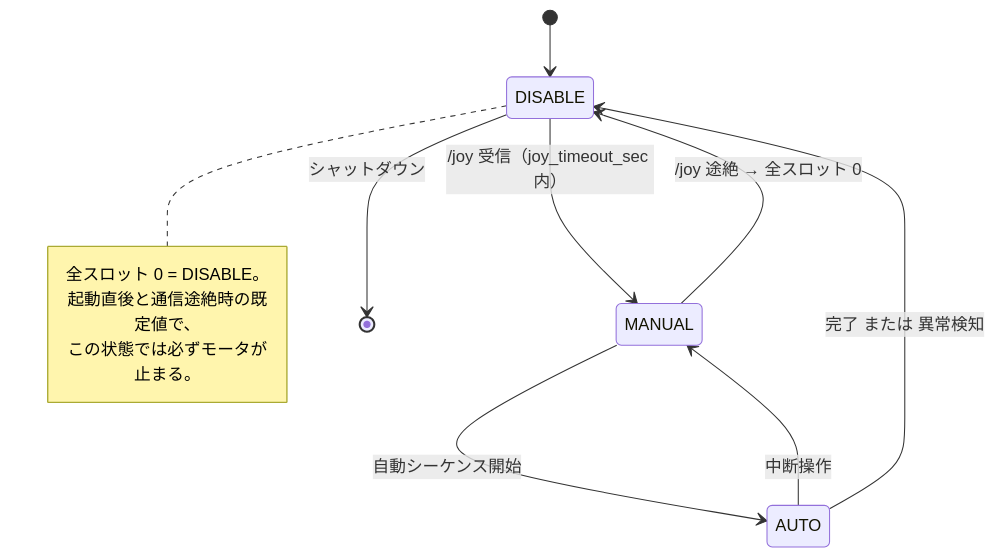
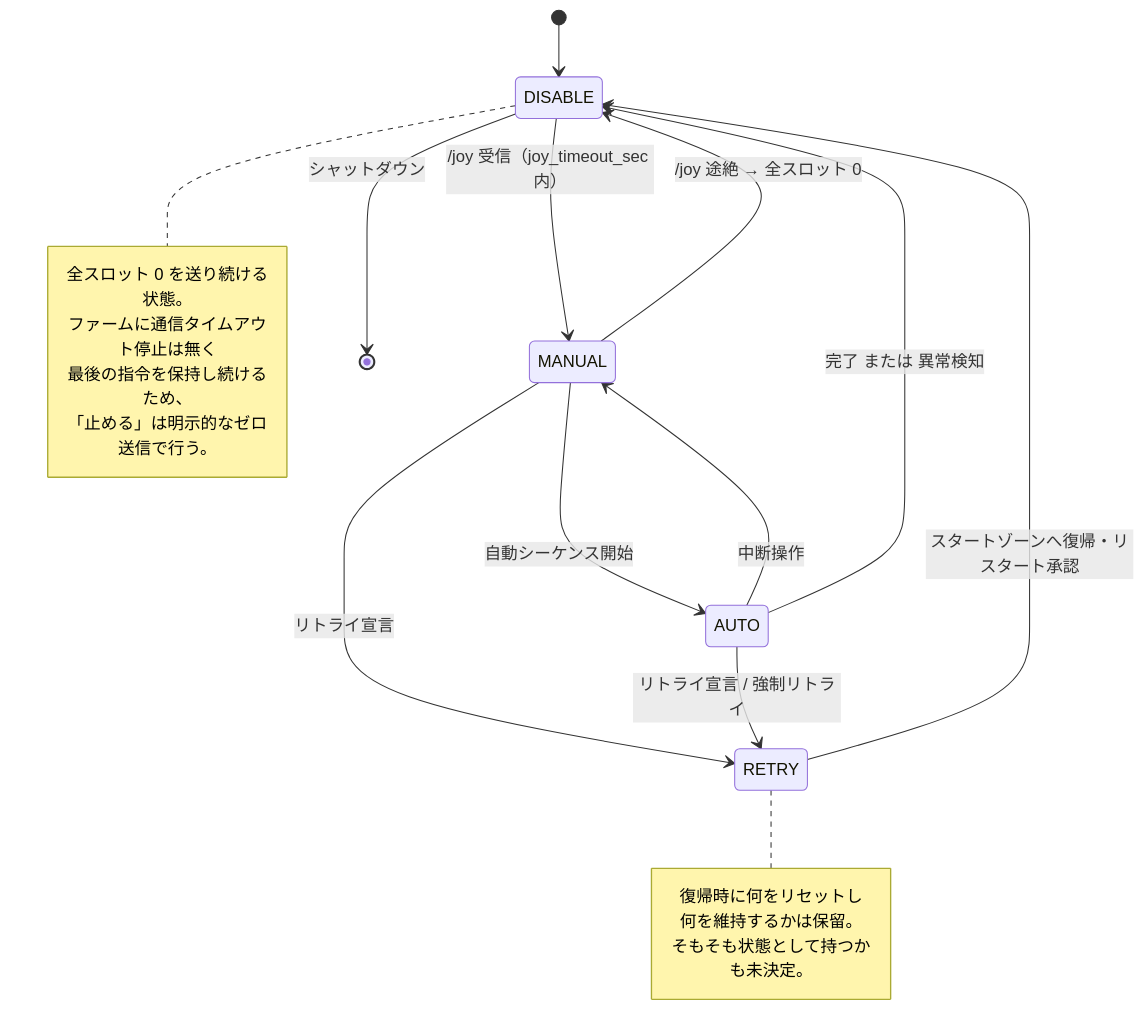
The sixth of 7 diagrams in Docs/program_structure.md (RRST-NHK-Project/Harurobo27-Sakuraou), drawn with Mermaid before and after one commit. The commit also changed other lines of this file, not shown here.

Commit message:
構造図を3ホスト構成に更新

````diff
--- a/Docs/program_structure.md
+++ b/Docs/program_structure.md
@@ -255,16 +651,26 @@
 ```mermaid
 stateDiagram-v2
   [*] --> DISABLE
   DISABLE --> MANUAL: /joy 受信（joy_timeout_sec 内）
   MANUAL --> DISABLE: /joy 途絶 → 全スロット 0
   MANUAL --> AUTO: 自動シーケンス開始
   AUTO --> MANUAL: 中断操作
   AUTO --> DISABLE: 完了 または 異常検知
+  MANUAL --> RETRY: リトライ宣言
+  AUTO --> RETRY: リトライ宣言 / 強制リトライ
+  RETRY --> DISABLE: スタートゾーンへ復帰・リスタート承認
   DISABLE --> [*]: シャットダウン
 
   note right of DISABLE
-    全スロット 0 = DISABLE。
-    起動直後と通信途絶時の既定値で、
-    この状態では必ずモータが止まる。
+    全スロット 0 を送り続ける状態。
+    ファームに通信タイムアウト停止は無く
+    最後の指令を保持し続けるため、
+    「止める」は明示的なゼロ送信で行う。
+  end note
+
+  note right of RETRY
+    復帰時に何をリセットし
+    何を維持するかは保留。
+    そもそも状態として持つかも未決定。
   end note
 ```
````
